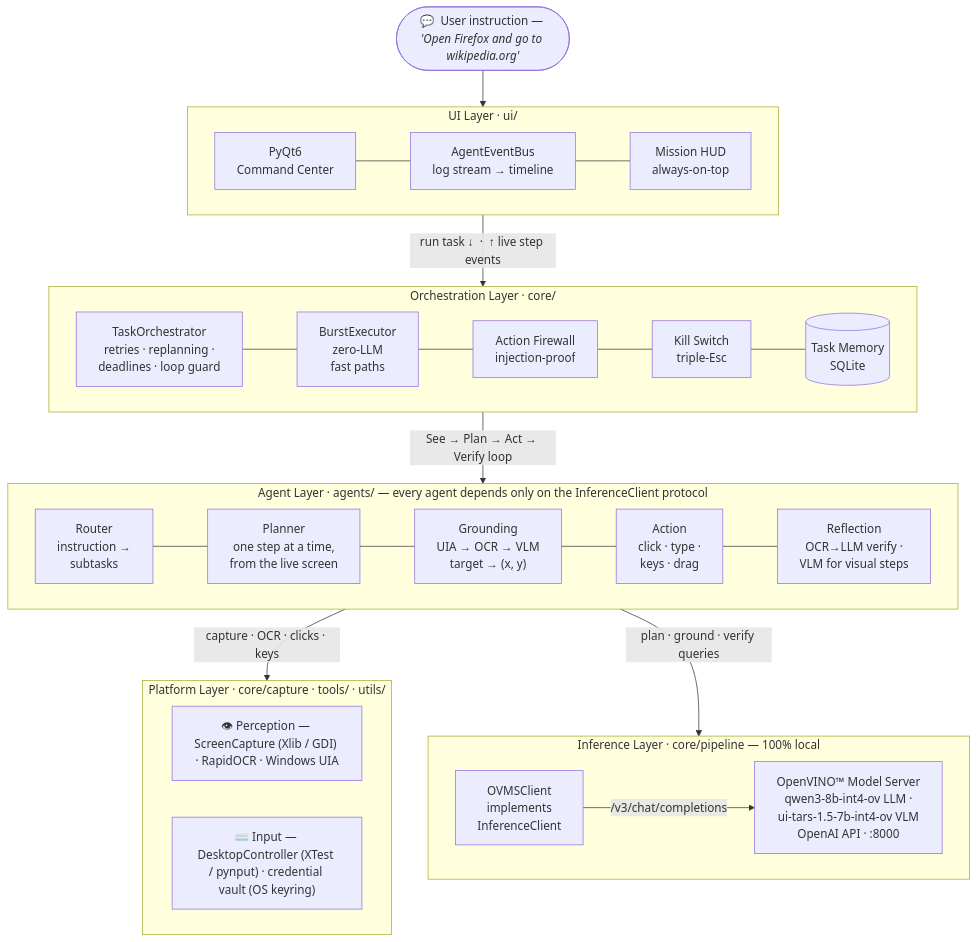
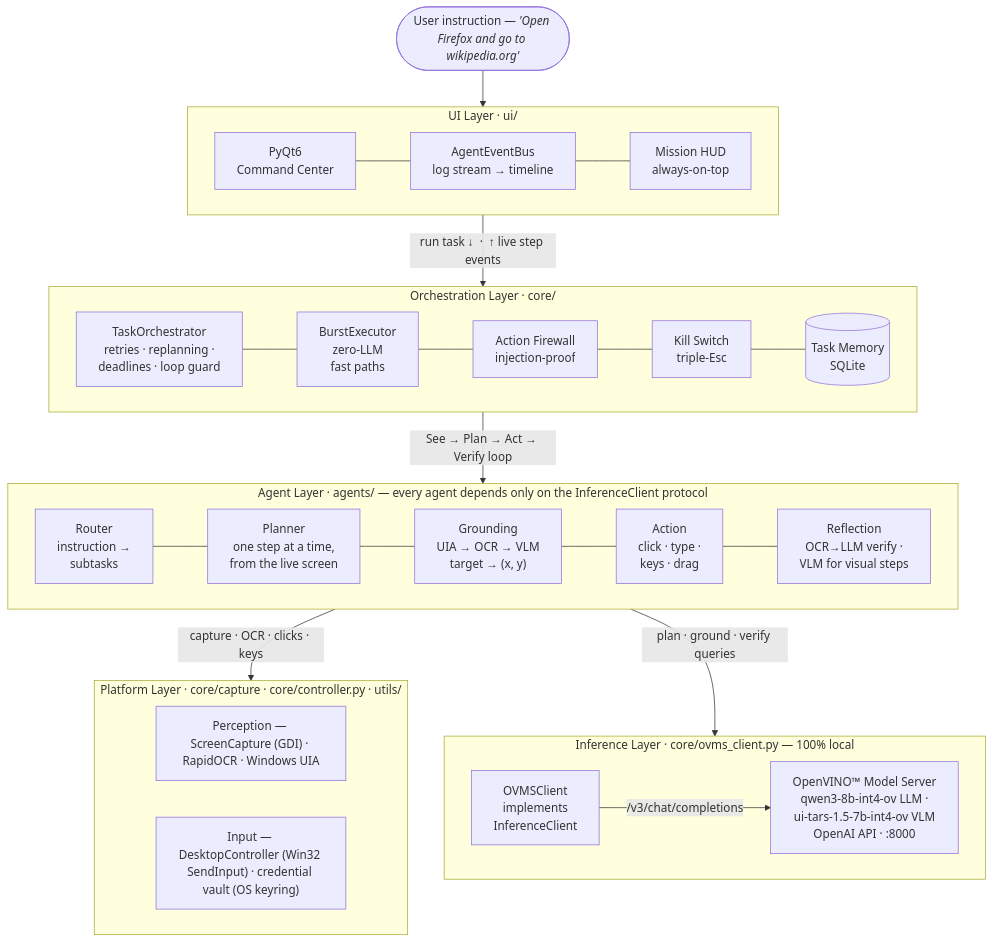
Before and after one commit to Shehrozkashif/OpenVINO-Autonomous-GUI-Agent: the diagram in README.md, drawn with Mermaid. The commit also changed other lines of this file and 83 other files, not shown here.

Commit message:
Restructure project layout and migrate to Windows-only native input Drop pynput/Linux support for raw Win32 SendInput; consolidate test suite

````diff
--- a/README.md
+++ b/README.md
@@ -87,51 +87,51 @@
 ```mermaid
 flowchart TB
-    USER(["💬 &nbsp;User instruction — <i>'Open Firefox and go to wikipedia.org'</i>"])
+    USER(["User instruction — <i>'Open Firefox and go to wikipedia.org'</i>"])
 
     subgraph UI_LAYER["&nbsp;UI Layer · ui/&nbsp;"]
         direction LR
         GUI["PyQt6<br/>Command Center"]
         EVBUS["AgentEventBus<br/>log stream → timeline"]
         HUD["Mission HUD<br/>always-on-top"]
         GUI --- EVBUS --- HUD
     end
 
     subgraph ORCH_LAYER["&nbsp;Orchestration Layer · core/&nbsp;"]
         direction LR
         ORCH["TaskOrchestrator<br/>retries · replanning ·<br/>deadlines · loop guard"]
         BURST["BurstExecutor<br/>zero-LLM<br/>fast paths"]
         FIREWALL["Action Firewall<br/>injection-proof"]
         KILL["Kill Switch<br/>triple-Esc"]
         MEMORY[("Task Memory<br/>SQLite")]
         ORCH --- BURST --- FIREWALL --- KILL --- MEMORY
     end
 
     subgraph AGENT_LAYER["&nbsp;Agent Layer · agents/ — every agent depends only on the InferenceClient protocol&nbsp;"]
         direction LR
         ROUTER["Router<br/>instruction →<br/>subtasks"]
         PLANNER["Planner<br/>one step at a time,<br/>from the live screen"]
         GROUND["Grounding<br/>UIA → OCR → VLM<br/>target → (x, y)"]
         ACTION["Action<br/>click · type ·<br/>keys · drag"]
         REFLECT["Reflection<br/>OCR→LLM verify ·<br/>VLM for visual steps"]
         ROUTER --- PLANNER --- GROUND --- ACTION --- REFLECT
     end
 
-    subgraph PLATFORM_LAYER["&nbsp;Platform Layer · core/capture · tools/ · utils/&nbsp;"]
+    subgraph PLATFORM_LAYER["&nbsp;Platform Layer · core/capture · core/controller.py · utils/&nbsp;"]
         direction LR
-        PERCEPTION["👁 Perception — ScreenCapture (Xlib / GDI) · RapidOCR · Windows UIA"]
-        INPUT["⌨️ Input — DesktopController (XTest / pynput) · credential vault (OS keyring)"]
+        PERCEPTION["Perception — ScreenCapture (GDI) · RapidOCR · Windows UIA"]
+        INPUT["Input — DesktopController (Win32 SendInput) · credential vault (OS keyring)"]
     end
 
-    subgraph INFER_LAYER["&nbsp;Inference Layer · core/pipeline — 100% local&nbsp;"]
+    subgraph INFER_LAYER["&nbsp;Inference Layer · core/ovms_client.py — 100% local&nbsp;"]
         direction LR
         CLIENT["OVMSClient<br/>implements<br/>InferenceClient"]
         OVMS["OpenVINO™ Model Server<br/>qwen3-8b-int4-ov LLM ·<br/>ui-tars-1.5-7b-int4-ov VLM<br/>OpenAI API · :8000"]
         CLIENT -- "/v3/chat/completions" --> OVMS
     end
 
     USER --> UI_LAYER
     UI_LAYER -- "run task ↓ &nbsp;·&nbsp; ↑ live step events" --> ORCH_LAYER
     ORCH_LAYER -- "See → Plan → Act → Verify loop" --> AGENT_LAYER
     AGENT_LAYER -- "capture · OCR · clicks · keys" --> PLATFORM_LAYER
     AGENT_LAYER -- "plan · ground · verify queries" --> INFER_LAYER
 ```
````
